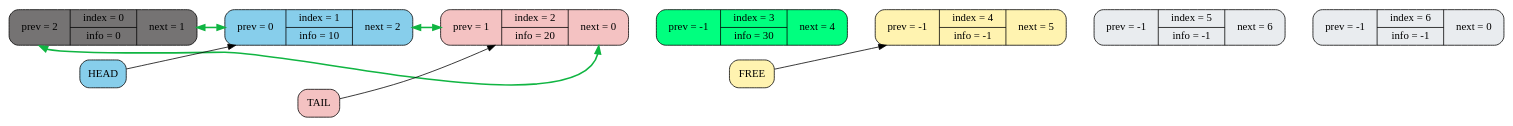
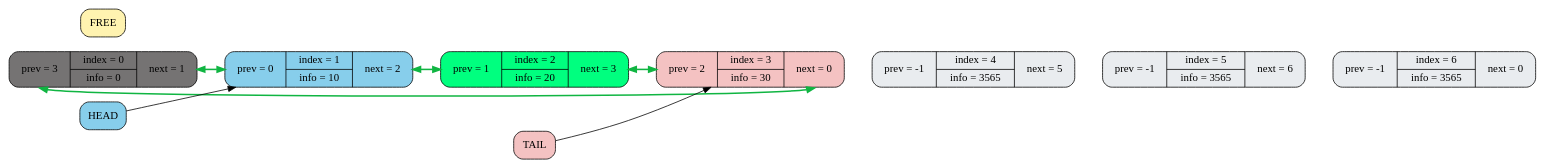
Before and after one commit to NikolayNetreba/Task5: the diagram in dumps/graph_10.dot, drawn with Graphviz. The commit also changed 38 other files, not shown here.

```diff
--- a/dumps/graph_10.dot
+++ b/dumps/graph_10.dot
@@ -1,26 +1,26 @@
 digraph g{ 
 rankdir=LR; 
 node [shape=Mrecord; style=filled;];
-node0 [label = "{<prev> prev = 2 | { index = 0 | info = 0 } | <next> next = 1}"; fillcolor="#757373"; fontcolor="black"; color="black"; penwidth=1.0];
+node0 [label = "{<prev> prev = 3 | { index = 0 | info = 0 } | <next> next = 1}"; fillcolor="#757373"; fontcolor="black"; color="black"; penwidth=1.0];
 node1 [label = "{<prev> prev = 0 | { index = 1 | info = 10 } | <next> next = 2}"; fillcolor="#87CEEB"; fontcolor="black"; color="black"; penwidth=1.0];
-node2 [label = "{<prev> prev = 1 | { index = 2 | info = 20 } | <next> next = 0}"; fillcolor="#F4C2C2"; fontcolor="black"; color="black"; penwidth=1.0];
-node3 [label = "{<prev> prev = -1 | { index = 3 | info = 30 } | <next> next = 4}"; fillcolor="#00ff7fff"; fontcolor="black"; color="black"; penwidth=1.0];
-node4 [label = "{<prev> prev = -1 | { index = 4 | info = -1 } | <next> next = 5}"; fillcolor="#FFF3B0"; fontcolor="black"; color="black"; penwidth=1.0];
-node5 [label = "{<prev> prev = -1 | { index = 5 | info = -1 } | <next> next = 6}"; fillcolor="#E9ECEF"; fontcolor="black"; color="black"; penwidth=1.0];
-node6 [label = "{<prev> prev = -1 | { index = 6 | info = -1 } | <next> next = 0}"; fillcolor="#E9ECEF"; fontcolor="black"; color="black"; penwidth=1.0];
+node2 [label = "{<prev> prev = 1 | { index = 2 | info = 20 } | <next> next = 3}"; fillcolor="#00ff7fff"; fontcolor="black"; color="black"; penwidth=1.0];
+node3 [label = "{<prev> prev = 2 | { index = 3 | info = 30 } | <next> next = 0}"; fillcolor="#F4C2C2"; fontcolor="black"; color="black"; penwidth=1.0];
+node4 [label = "{<prev> prev = -1 | { index = 4 | info = 3565 } | <next> next = 5}"; fillcolor="#E9ECEF"; fontcolor="black"; color="black"; penwidth=1.0];
+node5 [label = "{<prev> prev = -1 | { index = 5 | info = 3565 } | <next> next = 6}"; fillcolor="#E9ECEF"; fontcolor="black"; color="black"; penwidth=1.0];
+node6 [label = "{<prev> prev = -1 | { index = 6 | info = 3565 } | <next> next = 0}"; fillcolor="#E9ECEF"; fontcolor="black"; color="black"; penwidth=1.0];
 node0 -> node1 [style=invis, weight=100];
 node1 -> node2 [style=invis, weight=100];
 node2 -> node3 [style=invis, weight=100];
 node3 -> node4 [style=invis, weight=100];
 node4 -> node5 [style=invis, weight=100];
 node5 -> node6 [style=invis, weight=100];
 node0:next -> node1:prev [color="#10b542", dir="both", penwidth=2.0, constraint=false];
 node1:next -> node2:prev [color="#10b542", dir="both", penwidth=2.0, constraint=false];
-node2:next -> node0:prev [color="#10b542", dir="both", penwidth=2.0, constraint=false];
+node2:next -> node3:prev [color="#10b542", dir="both", penwidth=2.0, constraint=false];
+node3:next -> node0:prev [color="#10b542", dir="both", penwidth=2.0, constraint=false];
 HEAD [shape=box, style="filled, rounded", fillcolor="#87CEEB", label="HEAD"];
 TAIL [shape=box, style="filled, rounded", fillcolor="#F4C2C2", label="TAIL"];
 FREE [shape=box, style="filled, rounded", fillcolor="#FFF3B0", label="FREE"];
 HEAD -> node1 [color=black];
-TAIL -> node2 [color=black];
-FREE -> node4 [color=black];
+TAIL -> node3 [color=black];
 }
```
